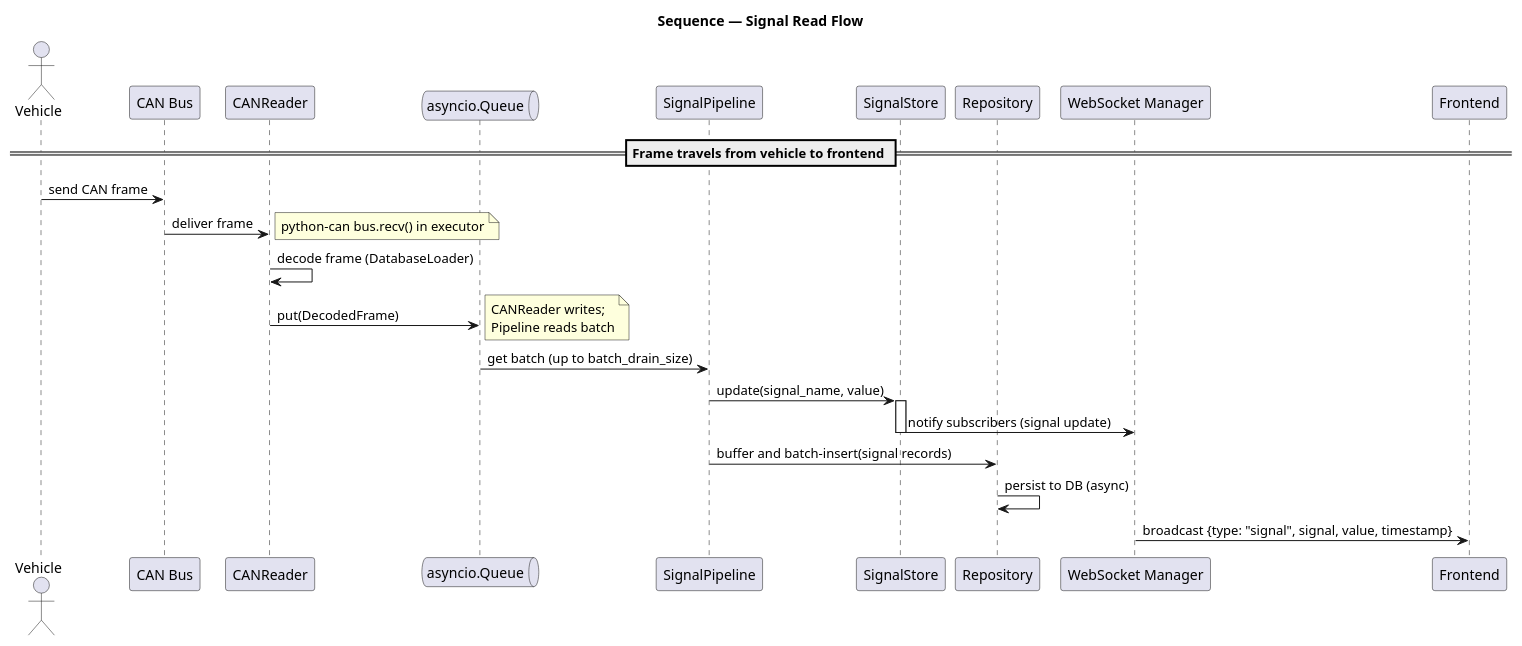
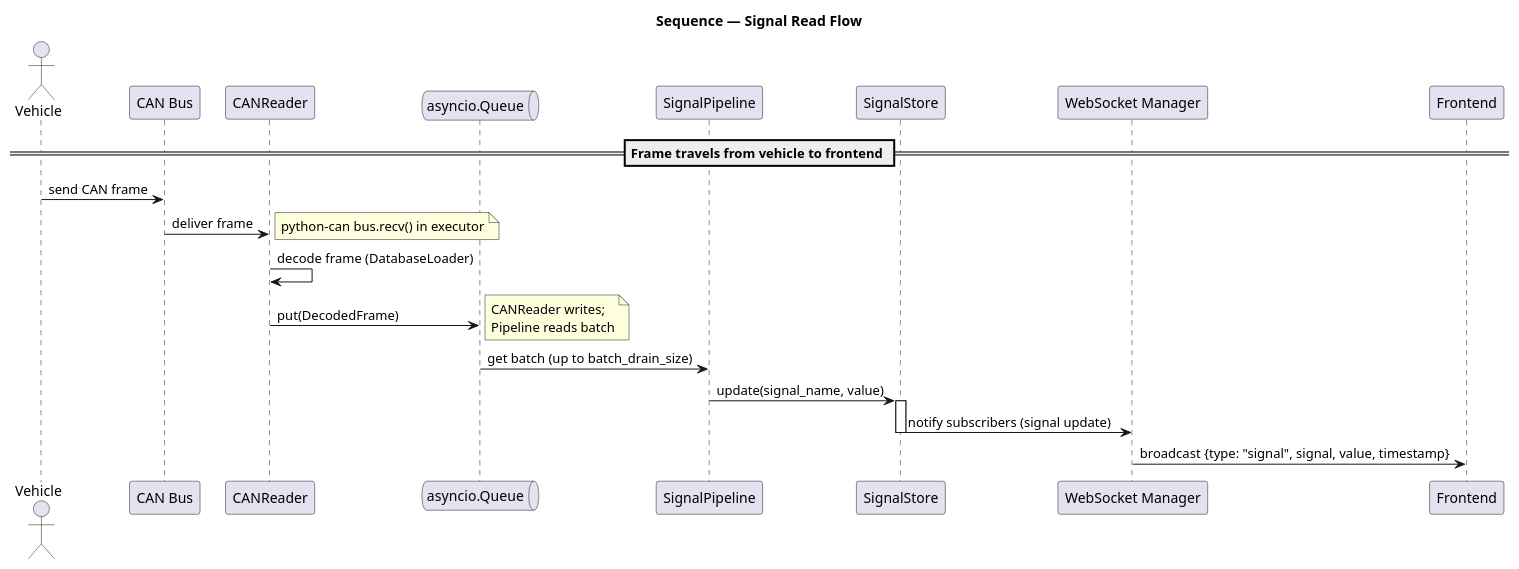
Before and after one commit to 3tdn/car-hmi: the diagram in diagram/16_sequence_signal_read.puml, drawn with PlantUML. The commit also changed 75 other files, not shown here.

```diff
--- a/diagram/16_sequence_signal_read.puml
+++ b/diagram/16_sequence_signal_read.puml
@@ -1,42 +1,38 @@
 @startuml
 title Sequence — Signal Read Flow
 
 actor Vehicle
 participant "CAN Bus" as CANBus
 participant "CANReader" as CANReader
 queue "asyncio.Queue" as Queue
 participant "SignalPipeline" as Pipeline
 participant "SignalStore" as Store
-participant "Repository" as Repo
 participant "WebSocket Manager" as WS
 participant Frontend
 
 == Frame travels from vehicle to frontend ==
 Vehicle -> CANBus : send CAN frame
 CANBus -> CANReader : deliver frame
 
 note right
   python-can bus.recv() in executor
 end note
 
 CANReader -> CANReader : decode frame (DatabaseLoader)
 CANReader -> Queue : put(DecodedFrame)
 
 note right
   CANReader writes;
   Pipeline reads batch
 end note
 
 Queue -> Pipeline : get batch (up to batch_drain_size)
 Pipeline -> Store : update(signal_name, value)
 
 activate Store
 Store -> WS : notify subscribers (signal update)
 deactivate Store
 
-Pipeline -> Repo : buffer and batch-insert(signal records)
-Repo -> Repo : persist to DB (async)
-
 WS -> Frontend : broadcast {type: "signal", signal, value, timestamp}
 
 @enduml
```
